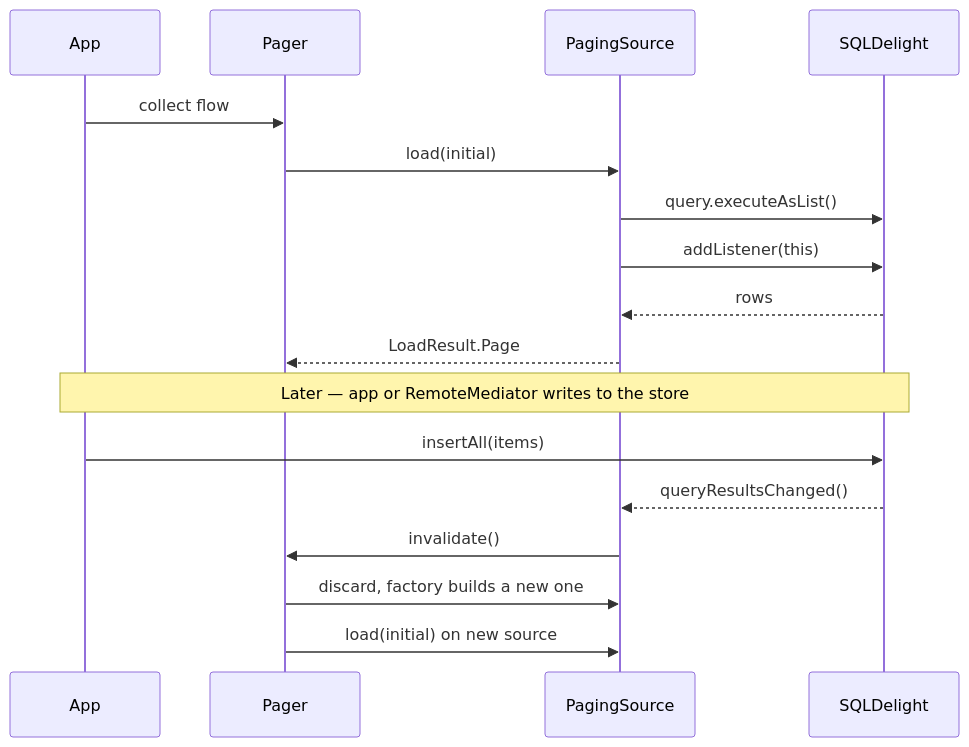
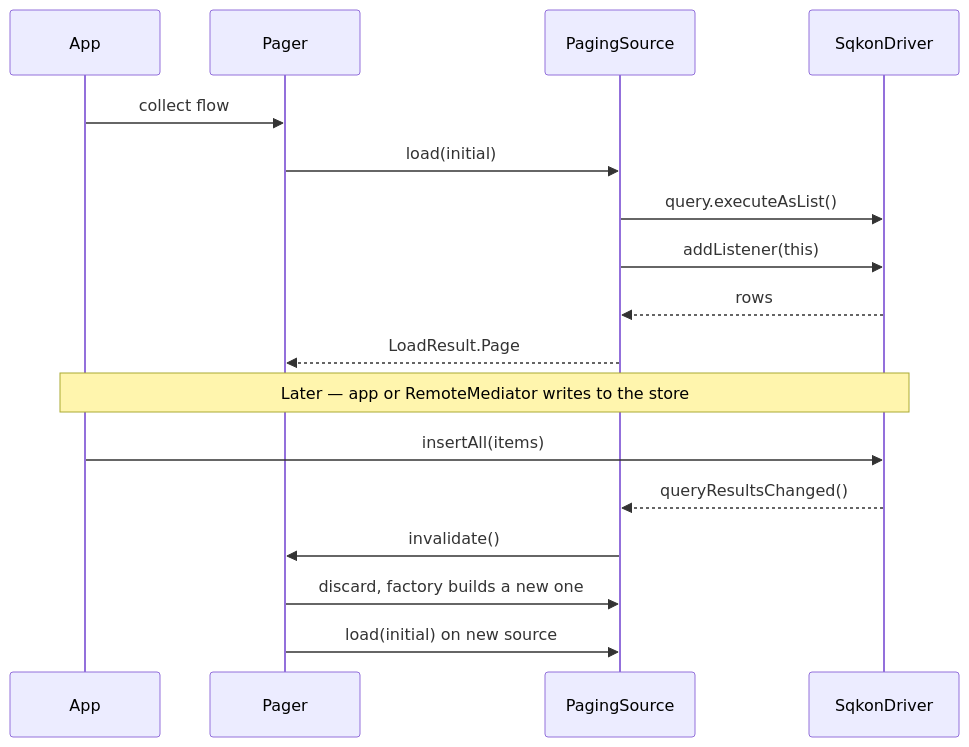
The second of 2 diagrams in docs/guides/paging.md (MercuryTechnologies/sqkon), drawn with Mermaid before and after one commit. The commit also changed 18 other files, not shown here.

````diff
--- a/docs/guides/paging.md
+++ b/docs/guides/paging.md
@@ -144,21 +144,21 @@
 ```mermaid
 sequenceDiagram
     participant App
     participant Pager
     participant Source as PagingSource
-    participant DB as SQLDelight
+    participant DB as SqkonDriver
 
     App->>Pager: collect flow
     Pager->>Source: load(initial)
     Source->>DB: query.executeAsList()
     Source->>DB: addListener(this)
     DB-->>Source: rows
     Source-->>Pager: LoadResult.Page
 
     Note over App,DB: Later — app or RemoteMediator writes to the store
     App->>DB: insertAll(items)
     DB-->>Source: queryResultsChanged()
     Source->>Pager: invalidate()
     Pager->>Source: discard, factory builds a new one
     Pager->>Source: load(initial) on new source
 ```
````
